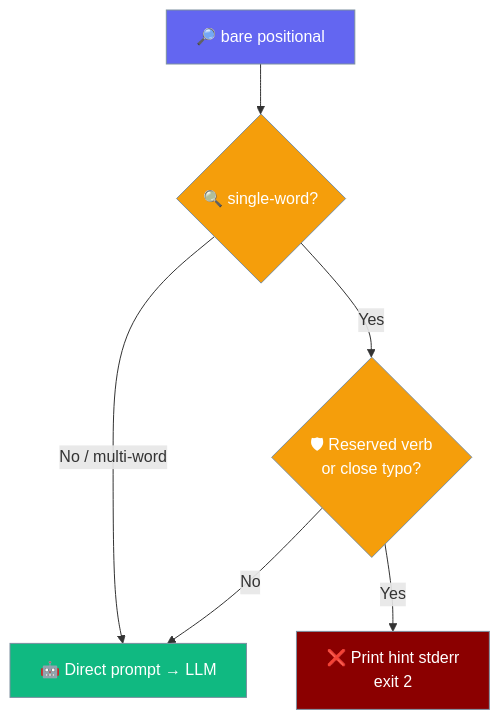
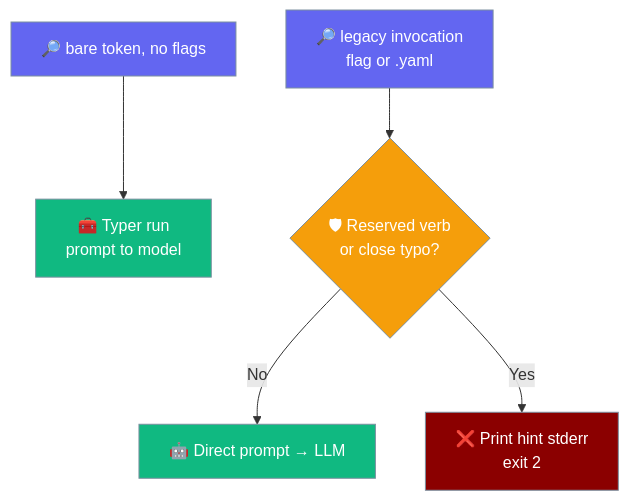
One commit to MervinPraison/PraisonAIDocs changed the fifth of 5 diagrams in docs/features/cli-dispatcher.mdx. Above: the diagram before and after it, drawn with Mermaid. The commit also changed other lines of this file and 4 other files, not shown here.

First line of the commit message:
docs: route bare prompts through Typer run engine (fixes #2302)

````diff
--- a/docs/features/cli-dispatcher.mdx
+++ b/docs/features/cli-dispatcher.mdx
@@ -236,18 +263,17 @@
 ```mermaid
 graph TB
-    Token[🔎 bare positional] --> C{🔍 single-word?}
-    C -->|No / multi-word| Prompt[🤖 Direct prompt → LLM]
-    C -->|Yes| G{🛡 Reserved verb<br/>or close typo?}
-    G -->|No| Prompt
+    Bare[🔎 bare token, no flags] --> Run[🧰 Typer run<br/>prompt to model]
+    Flagged[🔎 legacy invocation<br/>flag or .yaml] --> G{🛡 Reserved verb<br/>or close typo?}
+    G -->|No| Prompt[🤖 Direct prompt → LLM]
     G -->|Yes| Guard[❌ Print hint stderr<br/>exit 2]
 
     classDef input fill:#6366F1,stroke:#7C90A0,color:#fff
     classDef check fill:#F59E0B,stroke:#7C90A0,color:#fff
     classDef route fill:#10B981,stroke:#7C90A0,color:#fff
     classDef agent fill:#8B0000,stroke:#7C90A0,color:#fff
 
-    class Token input
-    class C,G check
-    class Prompt route
+    class Bare,Flagged input
+    class G check
+    class Run,Prompt route
     class Guard agent
 ```
````
